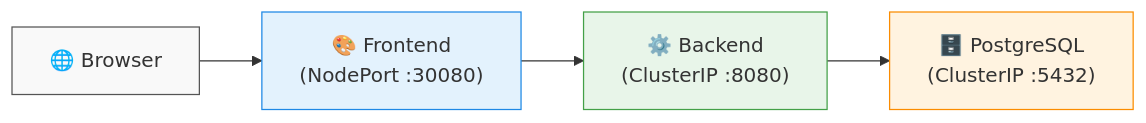
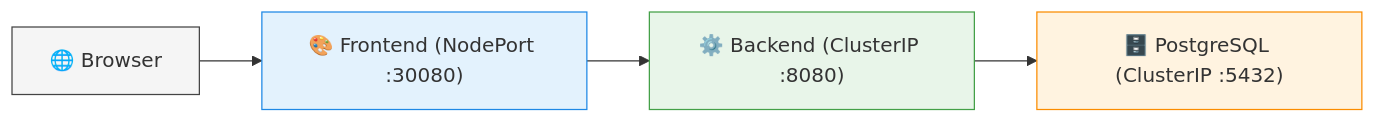
One commit to vaheed-valaxy/dpp-assignment-01 changed the second of 2 diagrams in README.md. Above: the diagram before and after it, drawn with Mermaid. The commit also changed other lines of this file, not shown here.

````diff
--- a/README.md
+++ b/README.md
@@ -55,15 +55,15 @@
 ```mermaid
 flowchart LR
-    A["🌐 Browser"]
-    B["🎨 Frontend\n(NodePort :30080)"]
-    C["⚙️ Backend\n(ClusterIP :8080)"]
-    D["🗄️ PostgreSQL\n(ClusterIP :5432)"]
+    Browser["🌐 Browser"]
+    Frontend["🎨 Frontend (NodePort :30080)"]
+    Backend["⚙️ Backend (ClusterIP :8080)"]
+    DB["🗄️ PostgreSQL (ClusterIP :5432)"]
 
-    A --> B --> C --> D
+    Browser --> Frontend --> Backend --> DB
 
-    %% Simple soft colors
-    style A fill:#f9f9f9,stroke:#555
-    style B fill:#e3f2fd,stroke:#1e88e5
-    style C fill:#e8f5e9,stroke:#43a047
-    style D fill:#fff3e0,stroke:#fb8c00
+    %% Clean styling
+    style Browser fill:#f5f5f5,stroke:#444
+    style Frontend fill:#e3f2fd,stroke:#1e88e5
+    style Backend fill:#e8f5e9,stroke:#43a047
+    style DB fill:#fff3e0,stroke:#fb8c00
 ```
````
